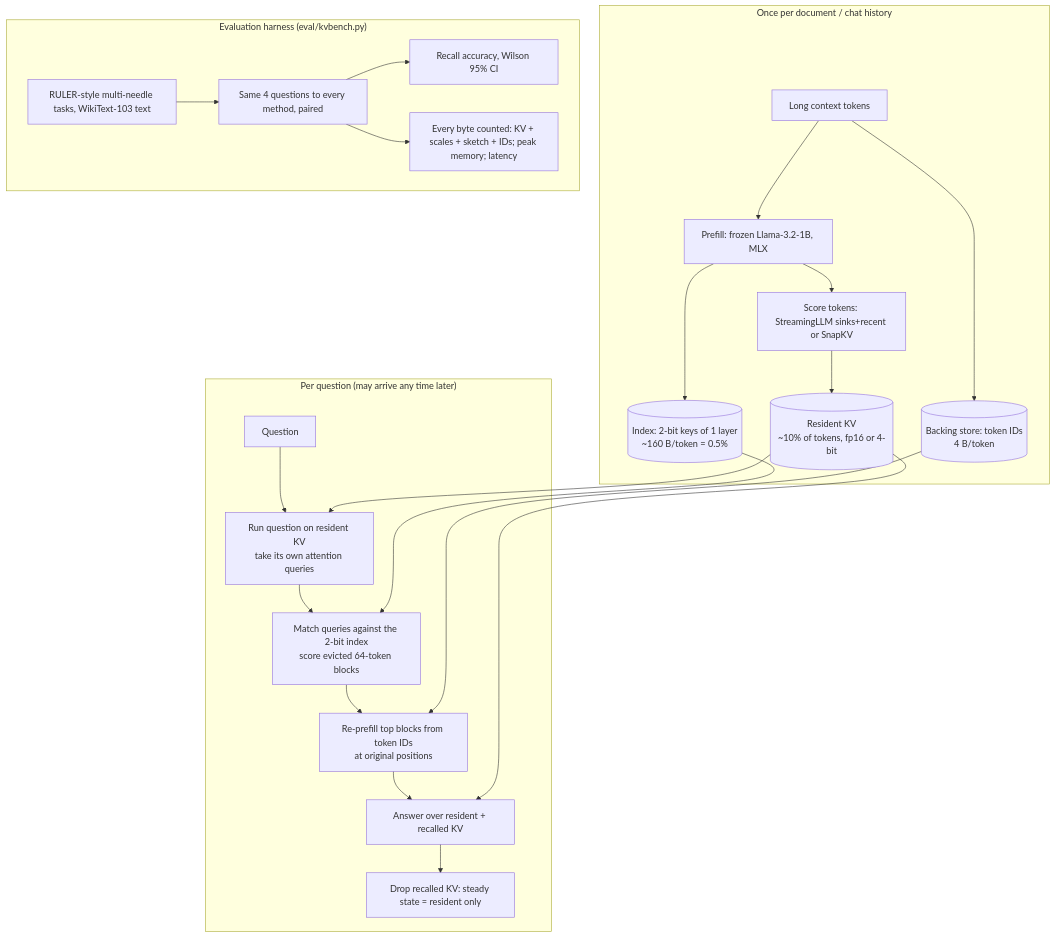
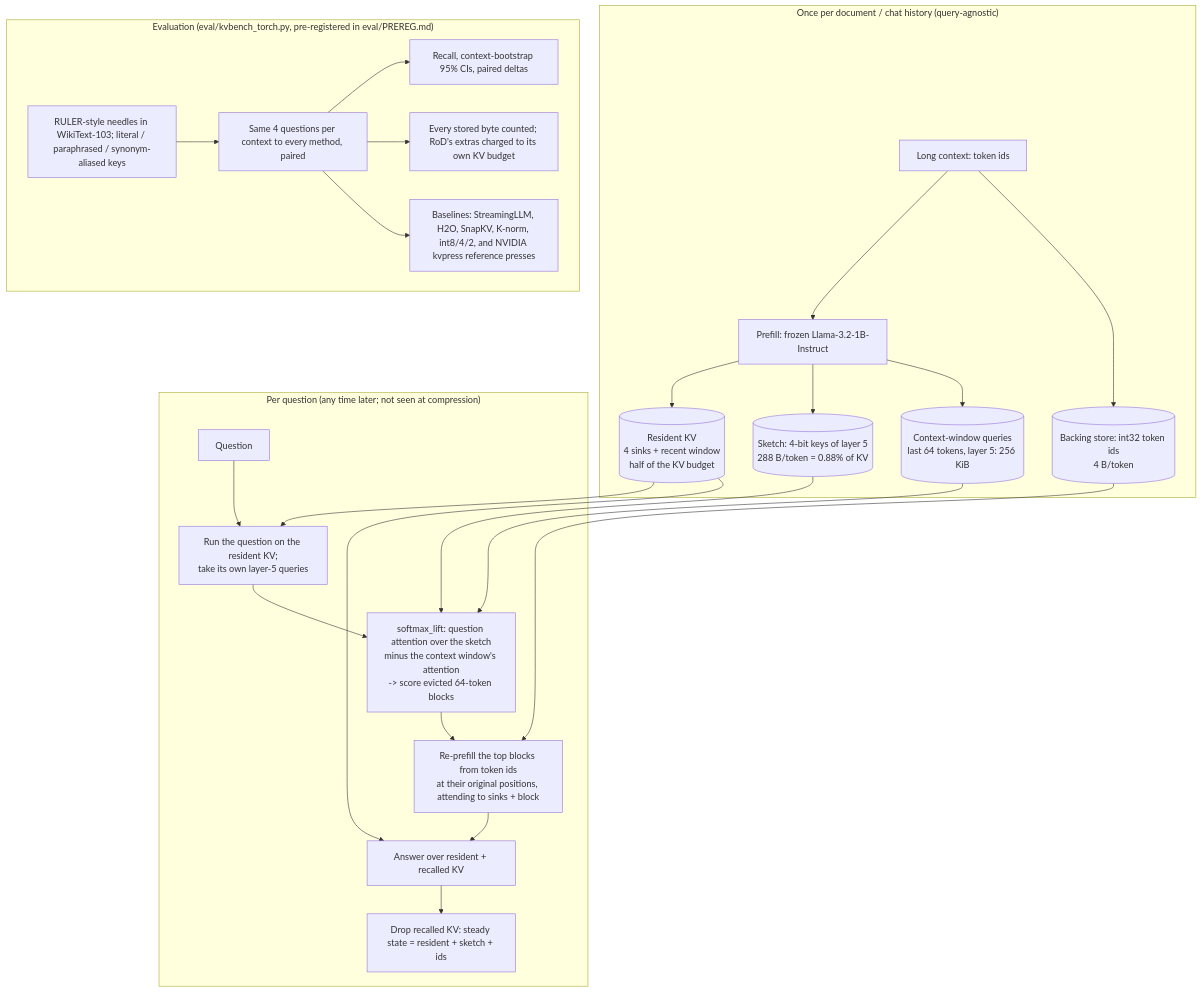
Before and after one commit to imdigitalashish/techfest-2026: the diagram in perceptron-p02-kv-cache/deliverables/architecture.md, drawn with Mermaid. The commit also changed other lines of this file and 9 other files, not shown here.

Commit message:
perceptron-p02-kv-cache: final-design abstract skeleton with rendered result blocks, render/check_docs tooling, architecture + landscape updated, journal

````diff
--- a/perceptron-p02-kv-cache/deliverables/architecture.md
+++ b/perceptron-p02-kv-cache/deliverables/architecture.md
@@ -3,26 +3,28 @@
 ```mermaid
 flowchart TB
-  subgraph Prefill["Once per document / chat history"]
-    D[Long context tokens] --> P[Prefill: frozen Llama-3.2-1B, MLX]
-    P --> S[Score tokens: StreamingLLM sinks+recent or SnapKV]
-    S --> R[(Resident KV<br/>~10% of tokens, fp16 or 4-bit)]
-    P --> X[(Index: 2-bit keys of 1 layer<br/>~160 B/token = 0.5%)]
-    D --> I[(Backing store: token IDs<br/>4 B/token)]
+  subgraph Prefill["Once per document / chat history (query-agnostic)"]
+    D[Long context: token ids] --> P[Prefill: frozen Llama-3.2-1B-Instruct]
+    P --> R[(Resident KV<br/>4 sinks + recent window<br/>half of the KV budget)]
+    P --> X[(Sketch: 4-bit keys of layer 5<br/>288 B/token = 0.88% of KV)]
+    P --> W[(Context-window queries<br/>last 64 tokens, layer 5: 256 KiB)]
+    D --> I[(Backing store: int32 token ids<br/>4 B/token)]
   end
-  subgraph Ask["Per question (may arrive any time later)"]
-    Q[Question] --> QP[Run question on resident KV<br/>take its own attention queries]
+  subgraph Ask["Per question (any time later; not seen at compression)"]
+    Q[Question] --> QP[Run the question on the resident KV;<br/>take its own layer-5 queries]
     R --> QP
-    QP --> M[Match queries against the 2-bit index<br/>score evicted 64-token blocks]
+    QP --> M[softmax_lift: question attention over the sketch<br/>minus the context window's attention<br/>-> score evicted 64-token blocks]
     X --> M
-    M --> RP[Re-prefill top blocks from token IDs<br/>at original positions]
+    W --> M
+    M --> RP[Re-prefill the top blocks from token ids<br/>at their original positions, attending to sinks + block]
     I --> RP
     RP --> A[Answer over resident + recalled KV]
     R --> A
-    A --> F[Drop recalled KV: steady state = resident only]
+    A --> F[Drop recalled KV: steady state = resident + sketch + ids]
   end
-  subgraph Eval["Evaluation harness (eval/kvbench.py)"]
-    E1[RULER-style multi-needle tasks, WikiText-103 text] --> E2[Same 4 questions to every method, paired]
-    E2 --> E3[Recall accuracy, Wilson 95% CI]
-    E2 --> E4[Every byte counted: KV + scales + sketch + IDs; peak memory; latency]
+  subgraph Eval["Evaluation (eval/kvbench_torch.py, pre-registered in eval/PREREG.md)"]
+    E1[RULER-style needles in WikiText-103; literal / paraphrased / synonym-aliased keys] --> E2[Same 4 questions per context to every method, paired]
+    E2 --> E3[Recall, context-bootstrap 95% CIs, paired deltas]
+    E2 --> E4[Every stored byte counted; RoD's extras charged to its own KV budget]
+    E2 --> E5[Baselines: StreamingLLM, H2O, SnapKV, K-norm, int8/4/2, and NVIDIA kvpress reference presses]
   end
 ```
````
